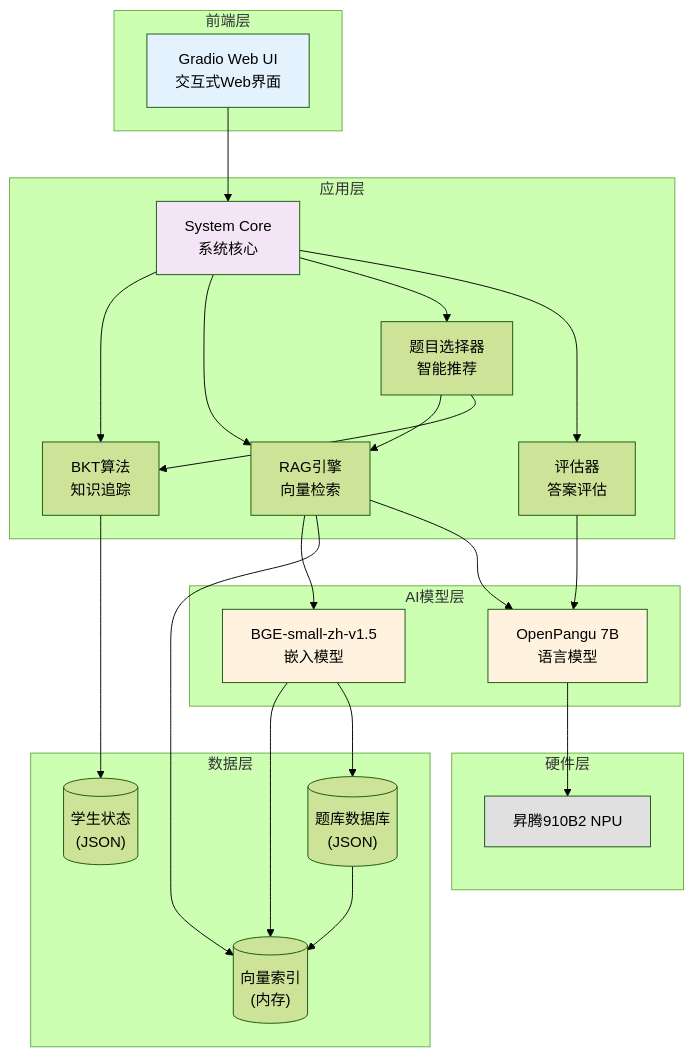
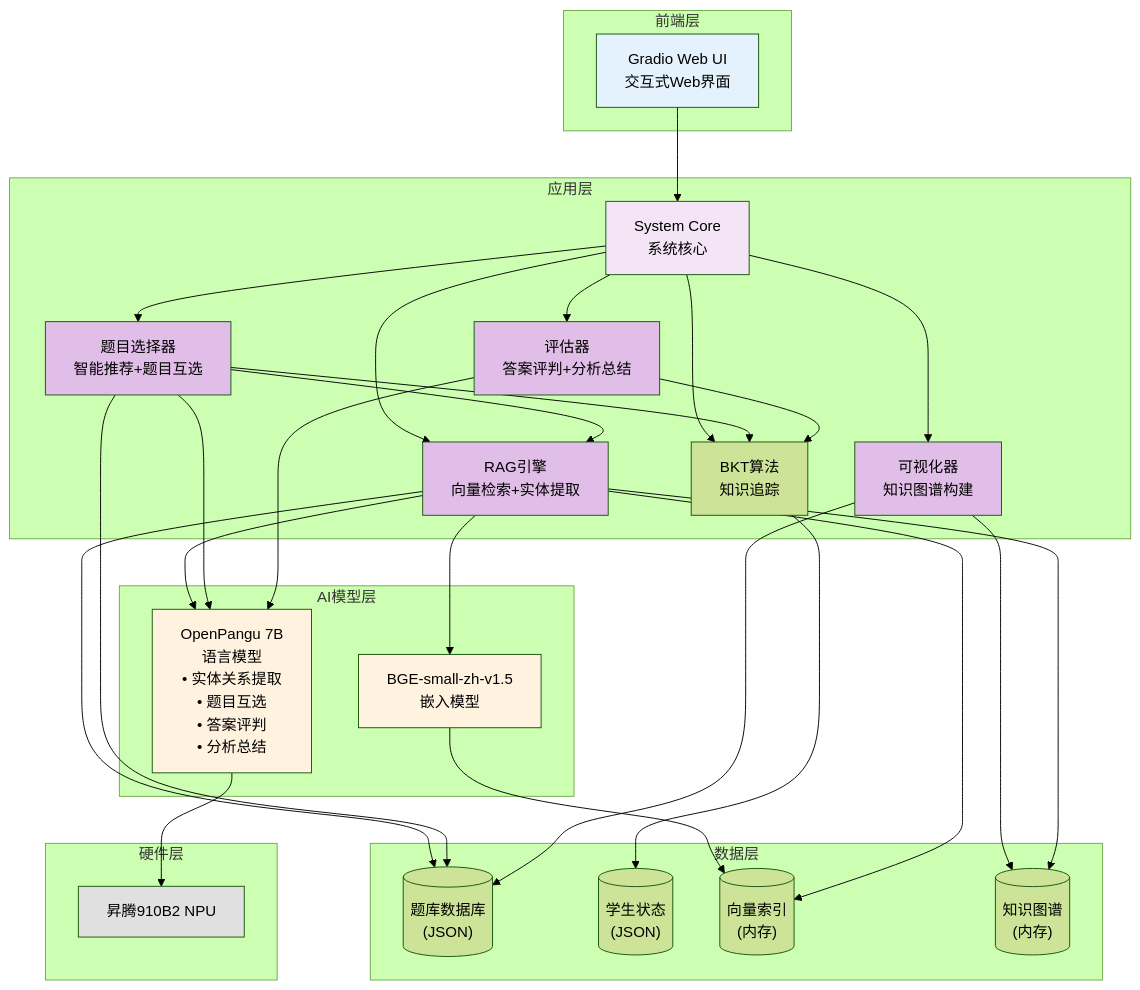
The first of 3 diagrams in README.md (sribdcn/PersonalExam), drawn with Mermaid (forest theme) before and after one commit. The commit also changed other lines of this file, not shown here.

````diff
--- a/README.md
+++ b/README.md
@@ -66,55 +69,79 @@
 ```mermaid
 graph TB
     subgraph 前端层["前端层"]
         GradioUI["Gradio Web UI<br/>交互式Web界面"]
     end
     
     subgraph 应用层["应用层"]
         SystemCore["System Core<br/>系统核心"]
         BKT["BKT算法<br/>知识追踪"]
-        RAG["RAG引擎<br/>向量检索"]
-        Selector["题目选择器<br/>智能推荐"]
-        Evaluator["评估器<br/>答案评估"]
+        RAG["RAG引擎<br/>向量检索+实体提取"]
+        Selector["题目选择器<br/>智能推荐+题目互选"]
+        Evaluator["评估器<br/>答案评判+分析总结"]
+        Visualizer["可视化器<br/>知识图谱构建"]
     end
     
     subgraph AI模型层["AI模型层"]
-        Pangu["OpenPangu 7B<br/>语言模型"]
+        Pangu["OpenPangu 7B<br/>语言模型<br/>• 实体关系提取<br/>• 题目互选<br/>• 答案评判<br/>• 分析总结"]
         BGE["BGE-small-zh-v1.5<br/>嵌入模型"]
     end
     
     subgraph 数据层["数据层"]
         QuestionDB[("题库数据库<br/>(JSON)")]
         StudentState[("学生状态<br/>(JSON)")]
         VectorIndex[("向量索引<br/>(内存)")]
+        KnowledgeGraph[("知识图谱<br/>(内存)")]
     end
     
     subgraph 硬件层["硬件层"]
         NPU["昇腾910B2 NPU"]
     end
     
+    %% 前端到核心
     GradioUI --> SystemCore
+    
+    %% 系统核心初始化各组件
     SystemCore --> BKT
     SystemCore --> RAG
     SystemCore --> Selector
     SystemCore --> Evaluator
+    SystemCore --> Visualizer
     
+    %% 数据存储关系
     BKT --> StudentState
+    Visualizer --> KnowledgeGraph
+    
+    %% RAG引擎相关连接
+    RAG --> QuestionDB
     RAG --> BGE
+    RAG --> Pangu
+    BGE --> VectorIndex
     RAG --> VectorIndex
-    RAG --> Pangu
+    RAG --> KnowledgeGraph
+    
+    %% 题目选择器相关连接
     Selector --> RAG
     Selector --> BKT
+    Selector --> Pangu
+    Selector --> QuestionDB
+    
+    %% 评估器相关连接
     Evaluator --> Pangu
+    Evaluator --> BKT
     
-    BGE --> VectorIndex
-    BGE --> QuestionDB
+    %% 可视化器相关连接
+    Visualizer --> QuestionDB
+    
+    %% 硬件加速
     Pangu --> NPU
-    
-    QuestionDB --> VectorIndex
     
     style GradioUI fill:#E3F2FD
     style SystemCore fill:#F3E5F5
     style Pangu fill:#FFF3E0
     style BGE fill:#FFF3E0
     style NPU fill:#E0E0E0
+    style RAG fill:#E1BEE7
+    style Selector fill:#E1BEE7
+    style Evaluator fill:#E1BEE7
+    style Visualizer fill:#E1BEE7
 ```
````
